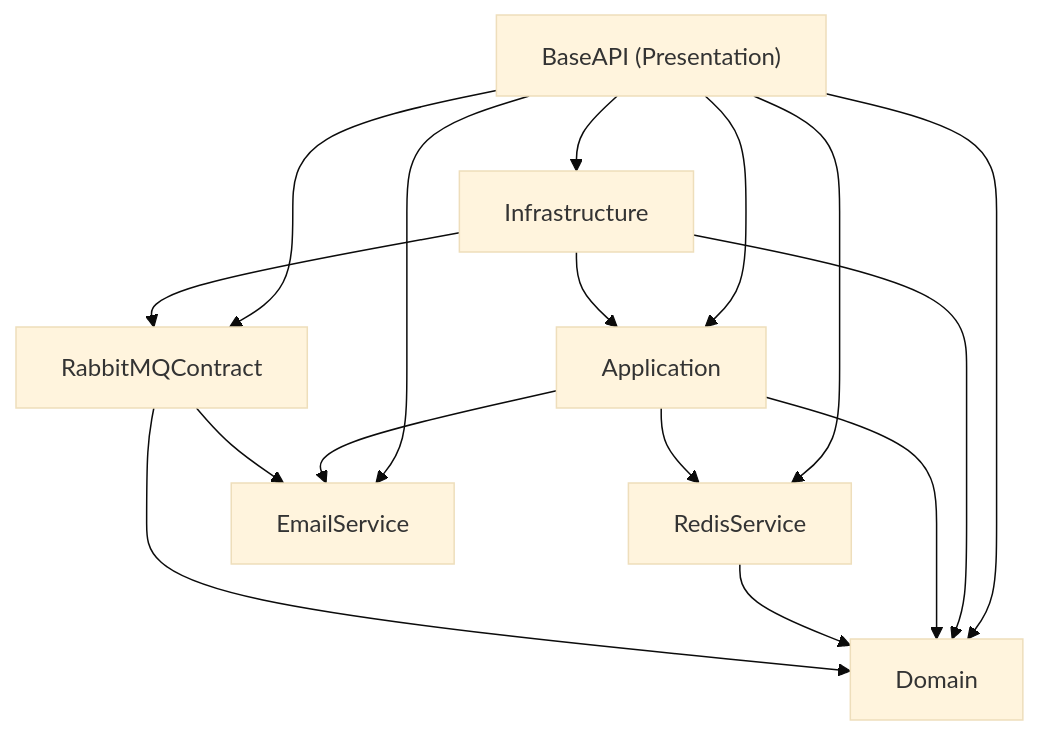
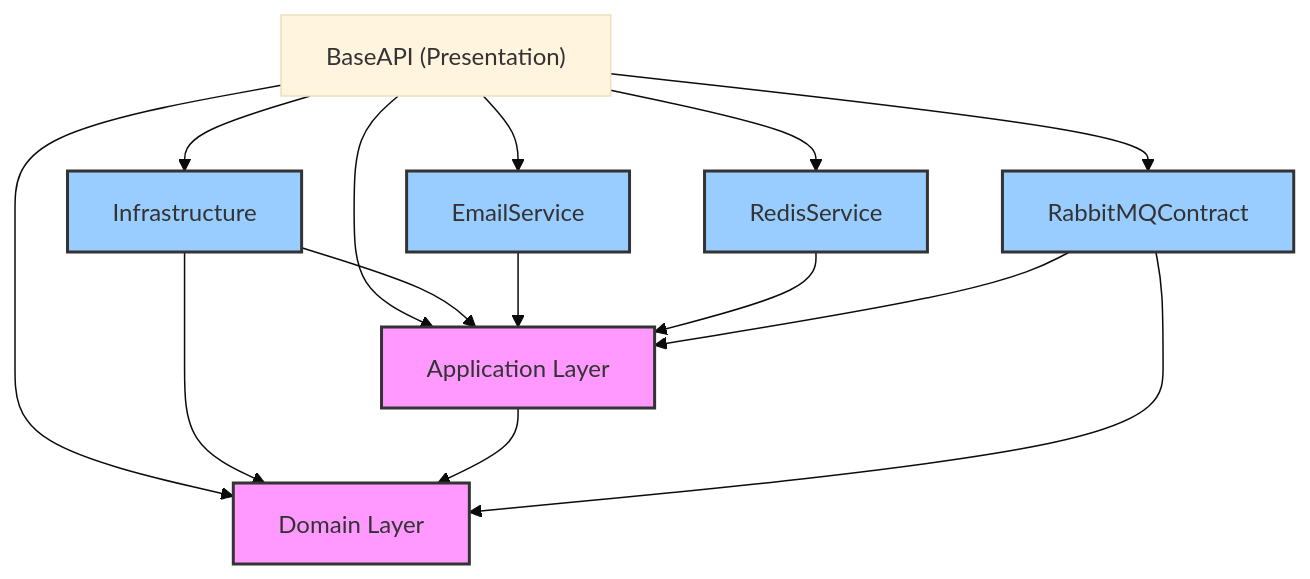
Before and after one commit to Quocba/Source-Base-API-Dotnet9: the diagram in README.md, drawn with Mermaid (base theme). The commit also changed other lines of this file and 17 other files, not shown here.

````diff
--- a/README.md
+++ b/README.md
@@ -9,21 +13,39 @@
 ```mermaid
 graph TD
-    API["BaseAPI (Presentation)"] --> Application
-    API --> Domain
-    API --> Infrastructure
-    API --> RabbitMQContract
-    API --> RedisService
-    API --> EmailService
+    %% Presentation Layer
+    API["BaseAPI (Presentation)"]
     
-    Infrastructure --> Application
-    Infrastructure --> Domain
-    Infrastructure --> RabbitMQContract
+    %% Core Layers
+    App[Application Layer]
+    Dom[Domain Layer]
     
-    Application --> Domain
-    Application --> RedisService
-    Application --> EmailService
+    %% Infrastructure & Services
+    Infra[Infrastructure]
+    Email[EmailService]
+    Redis[RedisService]
+    Rabbit[RabbitMQContract]
     
-    RedisService --> Domain
-    RabbitMQContract --> Domain
-    RabbitMQContract --> EmailService
+    %% Dependencies
+    API --> App
+    API --> Dom
+    API --> Infra
+    API --> Email
+    API --> Redis
+    API --> Rabbit
+    
+    Infra --> App
+    Infra --> Dom
+    
+    App --> Dom
+    
+    Email --> App
+    Redis --> App
+    Rabbit --> App
+    Rabbit --> Dom
+    
+    %% Styling
+    classDef core fill:#f9f,stroke:#333,stroke-width:2px;
+    classDef infra fill:#9cf,stroke:#333,stroke-width:2px;
+    class App,Dom core
+    class Infra,Email,Redis,Rabbit infra
 ```
````
